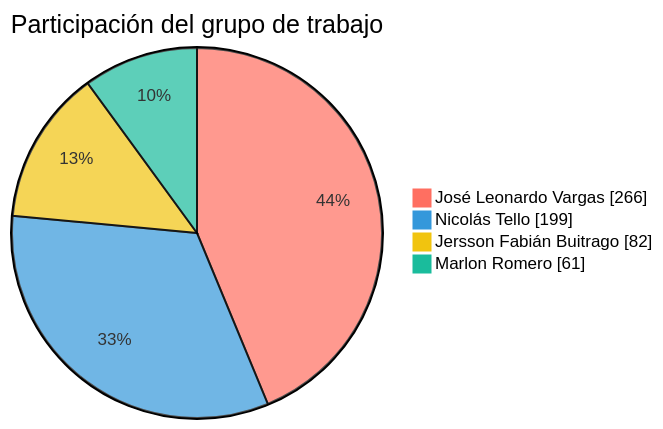
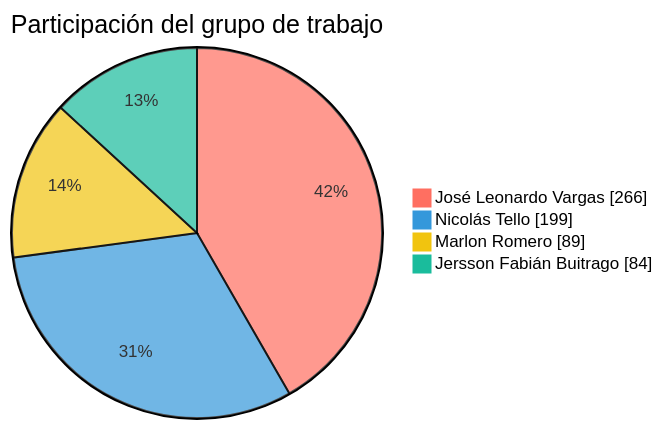
Before and after one commit to FarmaExpres/FarmaExpres: the first of 2 diagrams in README.md, drawn with Mermaid. The commit also changed other lines of this file and 1 other file, not shown here.

````diff
--- a/README.md
+++ b/README.md
@@ -389,9 +389,9 @@
 ```mermaid
 %%{init: {"themeVariables": {"pie1": "#ff6f61", "pie2": "#3498db", "pie3": "#f1c40f", "pie4": "#1abc9c", "pieLabelColor": "#000000", "pieLabelFontSize": "24px", "pieLabelFontWeight": "700"}}}%%
 pie showData
     title Participación del grupo de trabajo
     "José Leonardo Vargas" : 266
     "Nicolás Tello" : 199
-    "Jersson Fabián Buitrago" : 82
-    "Marlon Romero" : 61
+    "Marlon Romero" : 89
+    "Jersson Fabián Buitrago" : 84
 ```
````
